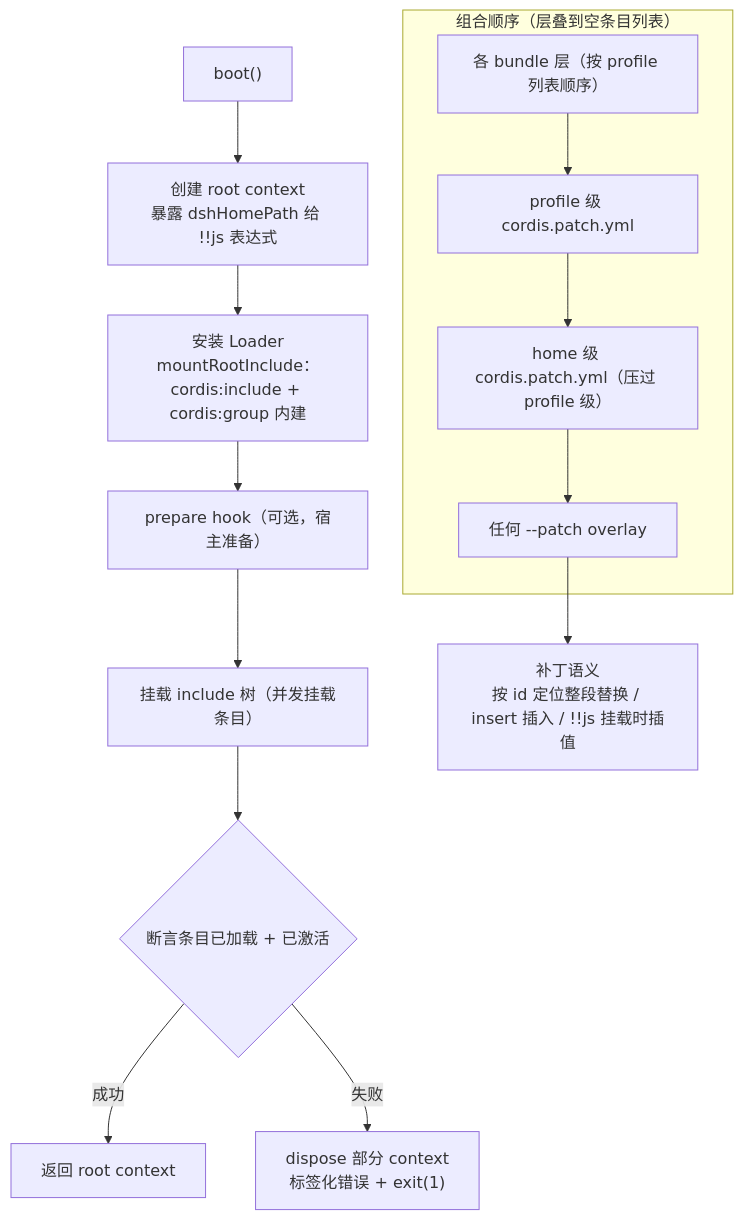
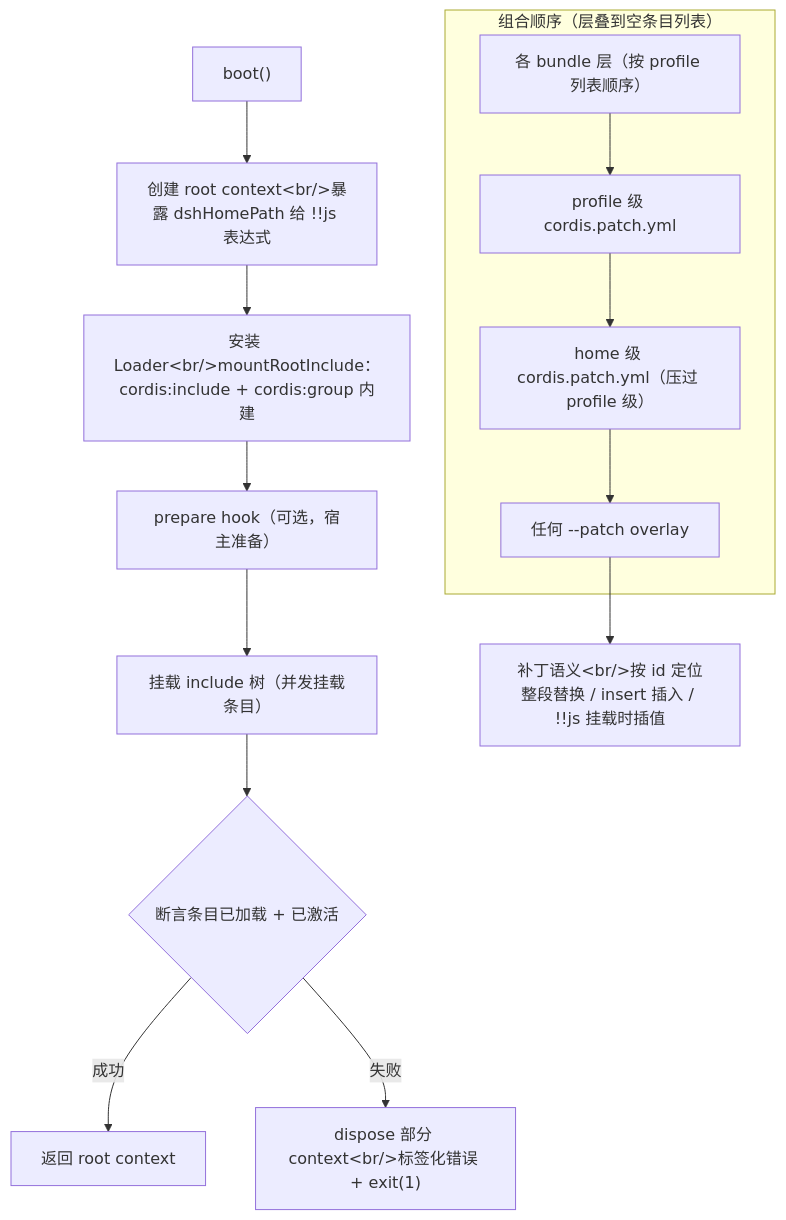
The fifth of 5 diagrams in docs/report/03-flows.md (ZZKeepCurious/mini-deepseek-harness-python), drawn with Mermaid before and after one commit. The commit also changed other lines of this file and 27 other files, not shown here.

````diff
--- a/docs/report/03-flows.md
+++ b/docs/report/03-flows.md
@@ -181,22 +181,22 @@
 ```mermaid
 flowchart TD
   BOOT["boot()"]
-  ROOT["创建 root context<br/>暴露 dshHomePath 给 !!js 表达式"]
-  LDR["安装 Loader<br/>mountRootInclude：cordis:include + cordis:group 内建"]
+  ROOT["创建 root context&lt;br/&gt;暴露 dshHomePath 给 !!js 表达式"]
+  LDR["安装 Loader&lt;br/&gt;mountRootInclude：cordis:include + cordis:group 内建"]
   PREP["prepare hook（可选，宿主准备）"]
   MNT["挂载 include 树（并发挂载条目）"]
   CHK{"断言条目已加载 + 已激活"}
   OK["返回 root context"]
-  FAIL["dispose 部分 context<br/>标签化错误 + exit(1)"]
+  FAIL["dispose 部分 context&lt;br/&gt;标签化错误 + exit(1)"]
   BOOT --> ROOT --> LDR --> PREP --> MNT --> CHK
   CHK -->|成功| OK
   CHK -->|失败| FAIL
   subgraph LAYERS["组合顺序（层叠到空条目列表）"]
     L1["各 bundle 层（按 profile 列表顺序）"]
     L2["profile 级 cordis.patch.yml"]
     L3["home 级 cordis.patch.yml（压过 profile 级）"]
     L4["任何 --patch overlay"]
   end
   L1 --> L2 --> L3 --> L4
-  L4 --> SEM["补丁语义<br/>按 id 定位整段替换 / insert 插入 / !!js 挂载时插值"]
+  L4 --> SEM["补丁语义&lt;br/&gt;按 id 定位整段替换 / insert 插入 / !!js 挂载时插值"]
 ```
````
